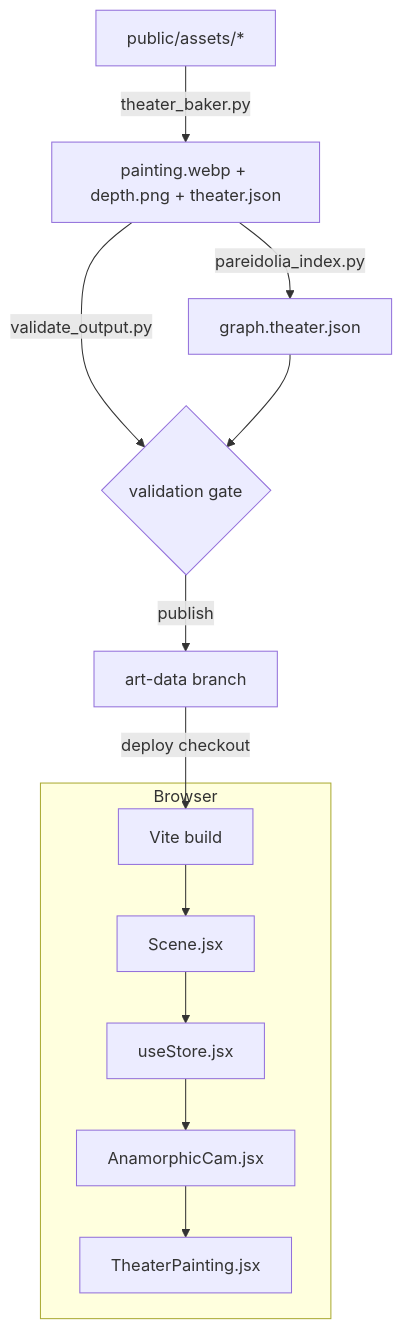
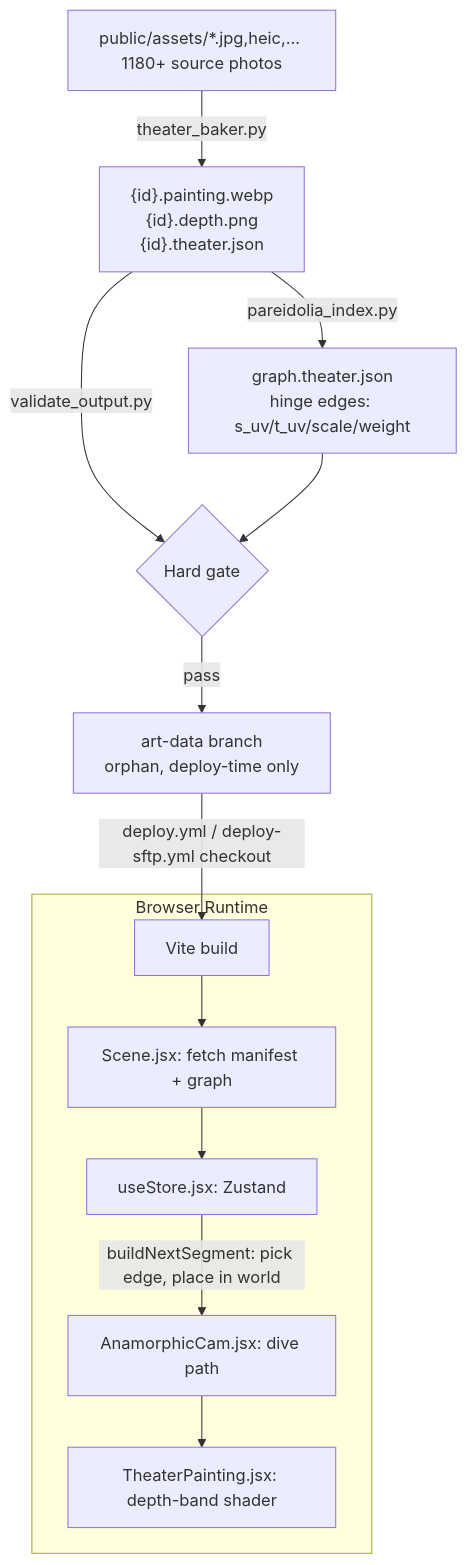
The first of 2 diagrams in docs/ARCHITECTURE.md (HereLiesAz/hereliesaz.github.io), drawn with Mermaid before and after one commit. The commit also changed other lines of this file and 33 other files, not shown here.

````diff
--- a/docs/ARCHITECTURE.md
+++ b/docs/ARCHITECTURE.md
@@ -9,16 +18,16 @@
 ```mermaid
 graph TD
-    A[public/assets/*] -->|theater_baker.py| B[painting.webp + depth.png + theater.json]
-    B -->|pareidolia_index.py| C[graph.theater.json]
-    B -->|validate_output.py| D{validation gate}
-    C --> D
-    D -->|publish| E[art-data branch]
-    E -->|deploy checkout| F[Vite build]
+    A[public/assets/*.jpg,heic,... 1180+ source photos] -->|theater_baker.py| B["{id}.painting.webp<br/>{id}.depth.png<br/>{id}.theater.json"]
+    B -->|pareidolia_index.py| C[graph.theater.json<br/>hinge edges: s_uv/t_uv/scale/weight]
+    B -->|validate_output.py| G{Hard gate}
+    C --> G
+    G -->|pass| D[art-data branch<br/>orphan, deploy-time only]
+    D -->|deploy.yml / deploy-sftp.yml checkout| E[Vite build]
 
-    subgraph Browser
-      F --> G[Scene.jsx]
-      G --> H[useStore.jsx]
-      H --> I[AnamorphicCam.jsx]
-      I --> J[TheaterPainting.jsx]
+    subgraph Browser Runtime
+    E --> F[Scene.jsx: fetch manifest + graph]
+    F --> H[useStore.jsx: Zustand]
+    H -->|buildNextSegment: pick edge, place in world| I[AnamorphicCam.jsx: dive path]
+    I --> J[TheaterPainting.jsx: depth-band shader]
     end
 ```
````
